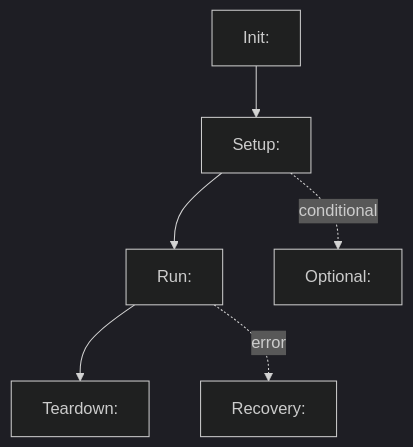
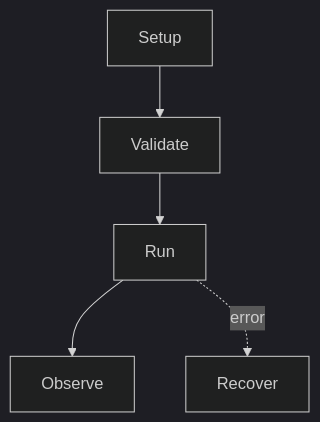
Before and after one commit to XaineChaeson/dotfile: the diagram in skills/project-docs-maintenance/references/lifecycle-example-template.md, drawn with Mermaid (dark theme). The commit also changed other lines of this file and 15 other files, not shown here.

````diff
--- a/skills/project-docs-maintenance/references/lifecycle-example-template.md
+++ b/skills/project-docs-maintenance/references/lifecycle-example-template.md
@@ -33,8 +33,7 @@
 ```mermaid
 flowchart TD
-  A["Init: <module.init>"] --> B["Setup: <module.prepare>"]
-  B --> C["Run: <module.execute>"]
-  C --> D["Teardown: <module.close>"]
-  B -. conditional .-> E["Optional: <module.warmup>"]
-  C -. error .-> F["Recovery: <module.rollback>"]
+  A["Setup"] --> B["Validate"]
+  B --> C["Run"]
+  C --> D["Observe"]
+  C -. error .-> E["Recover"]
 ```
````
